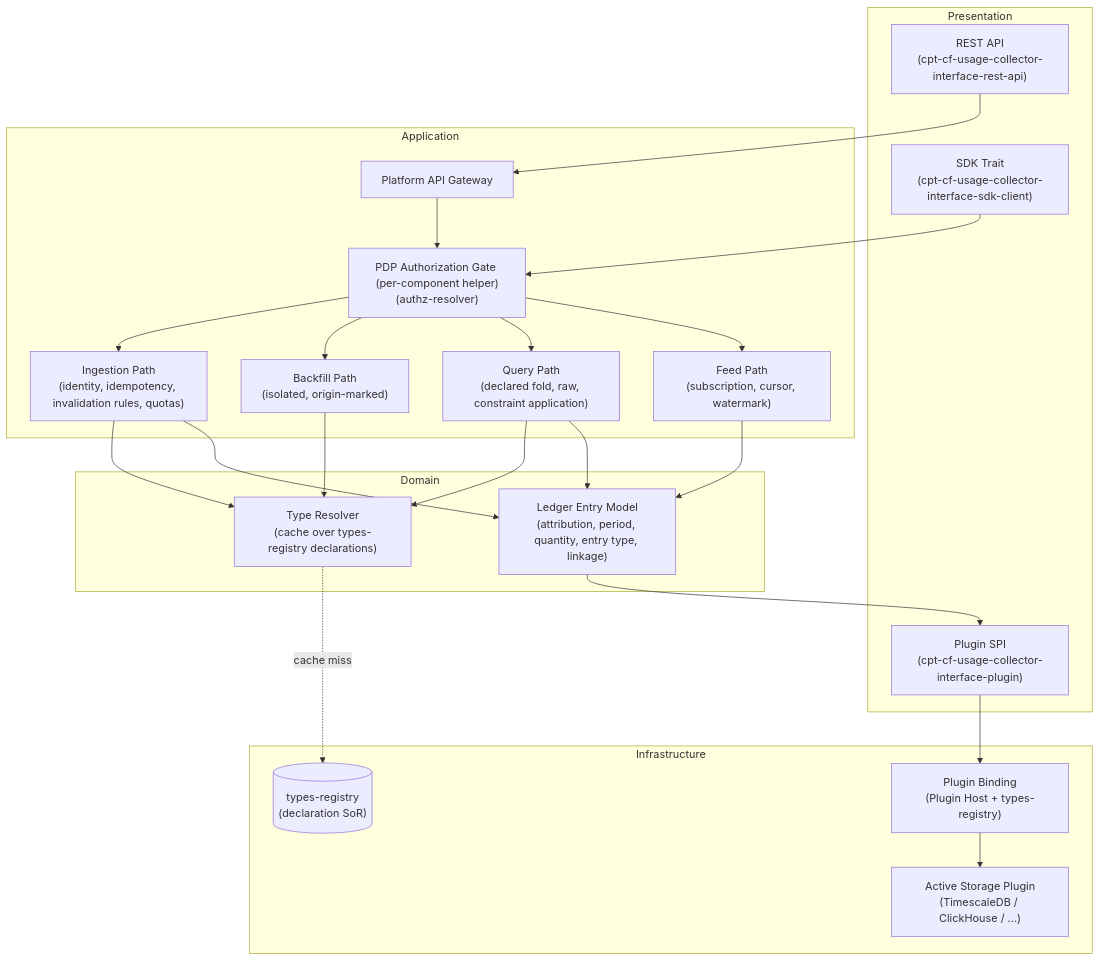
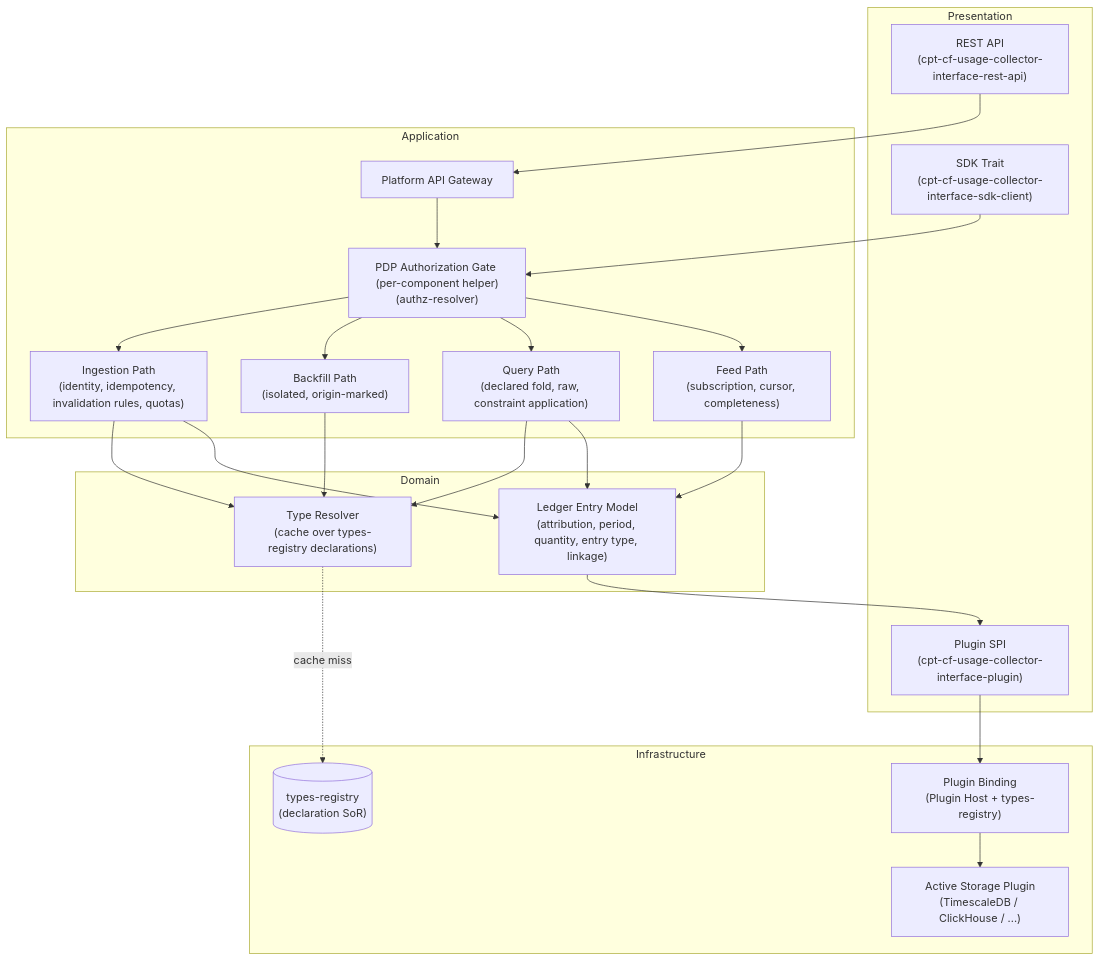
Before and after one commit to capybutler/gears-rust: the first of 8 diagrams in gears/system/usage-collector/docs/DESIGN.md, drawn with Mermaid. The commit also changed other lines of this file and 9 other files, not shown here.

````diff
--- a/gears/system/usage-collector/docs/DESIGN.md
+++ b/gears/system/usage-collector/docs/DESIGN.md
@@ -135,42 +135,42 @@
 ```mermaid
 flowchart TB
     subgraph Presentation["Presentation"]
         REST["REST API<br/>(cpt-cf-usage-collector-interface-rest-api)"]
         SDK["SDK Trait<br/>(cpt-cf-usage-collector-interface-sdk-client)"]
         SPI["Plugin SPI<br/>(cpt-cf-usage-collector-interface-plugin)"]
     end
     subgraph Application["Application"]
         Gateway["Platform API Gateway"]
         AuthGate["PDP Authorization Gate (per-component helper)<br/>(authz-resolver)"]
         IngestPath["Ingestion Path<br/>(identity, idempotency, invalidation rules, quotas)"]
         Backfill["Backfill Path<br/>(isolated, origin-marked)"]
         QueryPath["Query Path<br/>(declared fold, raw, constraint application)"]
-        FeedPath["Feed Path<br/>(subscription, cursor, watermark)"]
+        FeedPath["Feed Path<br/>(subscription, cursor, completeness)"]
     end
     subgraph Domain["Domain"]
         Resolver["Type Resolver<br/>(cache over types-registry declarations)"]
         Records["Ledger Entry Model<br/>(attribution, period, quantity, entry type, linkage)"]
     end
     subgraph Infrastructure["Infrastructure"]
         Registry[("types-registry<br/>(declaration SoR)")]
         Binding["Plugin Binding<br/>(Plugin Host + types-registry)"]
         Plugins["Active Storage Plugin<br/>(TimescaleDB / ClickHouse / ...)"]
     end
     REST --> Gateway
     SDK --> AuthGate
     Gateway --> AuthGate
     AuthGate --> IngestPath
     AuthGate --> Backfill
     AuthGate --> QueryPath
     AuthGate --> FeedPath
     IngestPath --> Resolver
     Backfill --> Resolver
     QueryPath --> Resolver
     FeedPath --> Records
     Resolver -.->|cache miss| Registry
     IngestPath --> Records
     QueryPath --> Records
     Records --> SPI
     SPI --> Binding
     Binding --> Plugins
 ```
````
